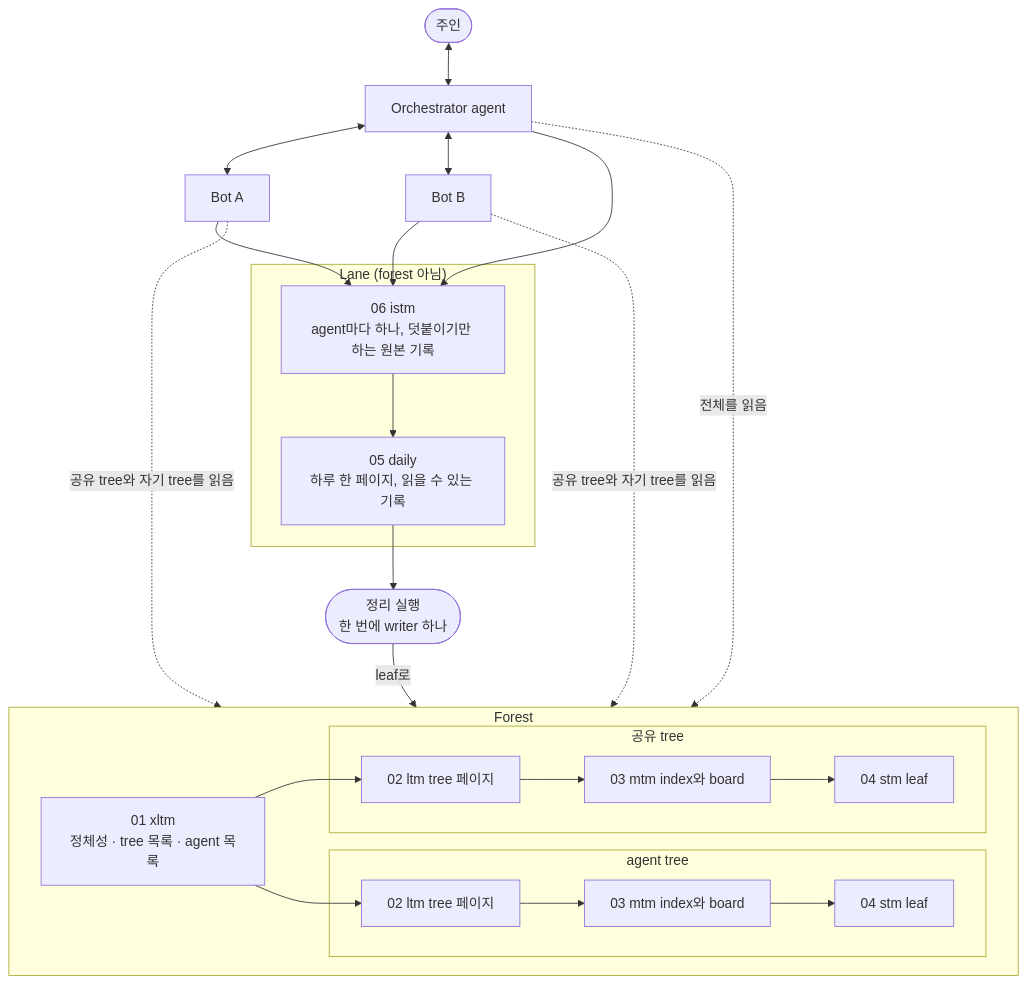
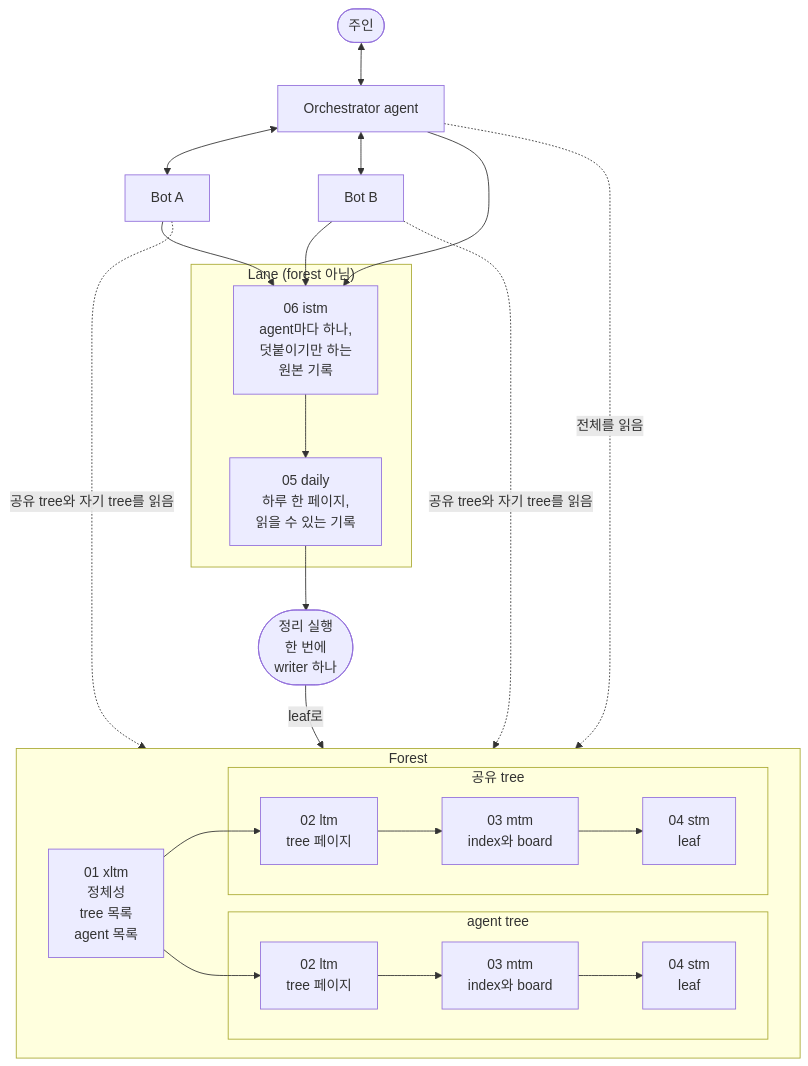
One commit to agent-memory-atlas-archive/hyungchulc--agent-memory-forest changed the first of 2 diagrams in README.ko.md. Above: the diagram before and after it, drawn with Mermaid. The commit also changed other lines of this file and 2 other files, not shown here.

````diff
--- a/README.ko.md
+++ b/README.ko.md
@@ -159,35 +159,35 @@
 ```mermaid
 flowchart TB
     owner(["주인"]) <--> hub["Orchestrator agent"]
     hub <--> botA["Bot A"]
     hub <--> botB["Bot B"]
 
     subgraph lanes ["Lane (forest 아님)"]
-        istm["06 istm<br/>agent마다 하나, 덧붙이기만 하는 원본 기록"]
-        daily["05 daily<br/>하루 한 페이지, 읽을 수 있는 기록"]
+        istm["06 istm<br/>agent마다 하나,<br/>덧붙이기만 하는<br/>원본 기록"]
+        daily["05 daily<br/>하루 한 페이지,<br/>읽을 수 있는 기록"]
         istm --> daily
     end
 
     hub --> istm
     botA --> istm
     botB --> istm
 
-    daily --> filing(["정리 실행<br/>한 번에 writer 하나"])
+    daily --> filing(["정리 실행<br/>한 번에<br/>writer 하나"])
     filing -- leaf로 --> forest
 
     subgraph forest ["Forest"]
-        xltm["01 xltm<br/>정체성 · tree 목록 · agent 목록"]
+        xltm["01 xltm<br/>정체성<br/>tree 목록<br/>agent 목록"]
         subgraph own ["agent tree"]
-            altm["02 ltm tree 페이지"] --> amtm["03 mtm index와 board"] --> astm["04 stm leaf"]
+            altm["02 ltm<br/>tree 페이지"] --> amtm["03 mtm<br/>index와 board"] --> astm["04 stm<br/>leaf"]
         end
         subgraph shared ["공유 tree"]
-            ltm["02 ltm tree 페이지"] --> mtm["03 mtm index와 board"] --> stm["04 stm leaf"]
+            ltm["02 ltm<br/>tree 페이지"] --> mtm["03 mtm<br/>index와 board"] --> stm["04 stm<br/>leaf"]
         end
         xltm --> ltm
         xltm --> altm
     end
 
     hub -. 전체를 읽음 .-> forest
     botA -. 공유 tree와 자기 tree를 읽음 .-> forest
     botB -. 공유 tree와 자기 tree를 읽음 .-> forest
 ```
````
